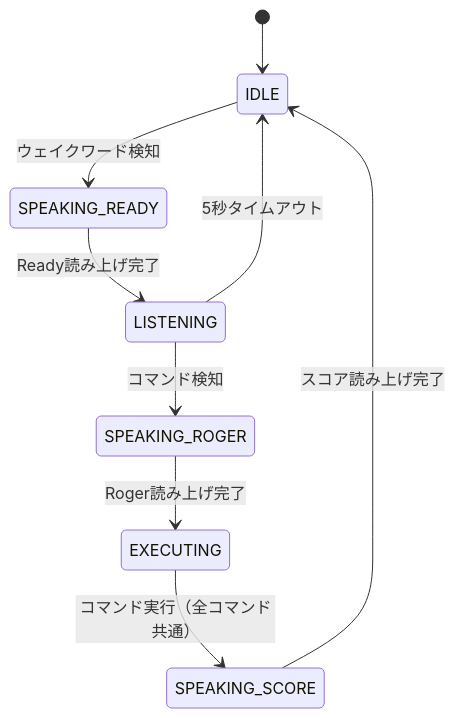
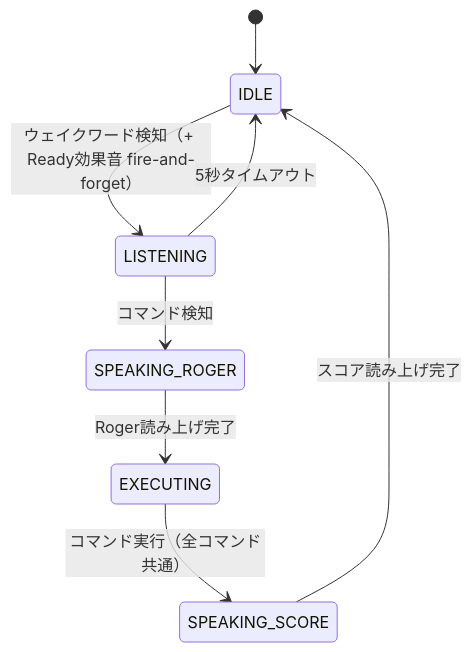
One commit to d-kishi/voice-scoreboard changed the second of 4 diagrams in .kiro/specs/voice-scoreboard/design.md. Above: the diagram before and after it, drawn with Mermaid. The commit also changed other lines of this file and 6 other files, not shown here.

````diff
--- a/.kiro/specs/voice-scoreboard/design.md
+++ b/.kiro/specs/voice-scoreboard/design.md
@@ -169,12 +169,11 @@
 ```mermaid
 stateDiagram-v2
     [*] --> IDLE
 
-    IDLE --> SPEAKING_READY: ウェイクワード検知
-    SPEAKING_READY --> LISTENING: Ready読み上げ完了
+    IDLE --> LISTENING: ウェイクワード検知（+ Ready効果音 fire-and-forget）
     LISTENING --> SPEAKING_ROGER: コマンド検知
     LISTENING --> IDLE: 5秒タイムアウト
     SPEAKING_ROGER --> EXECUTING: Roger読み上げ完了
     EXECUTING --> SPEAKING_SCORE: コマンド実行（全コマンド共通）
     SPEAKING_SCORE --> IDLE: スコア読み上げ完了
 ```
````
